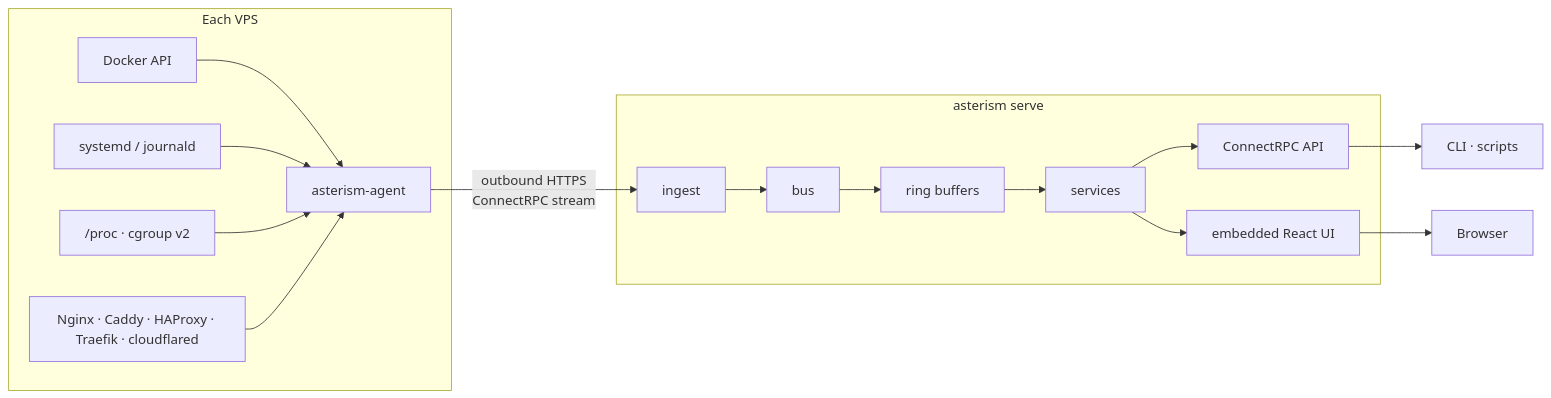
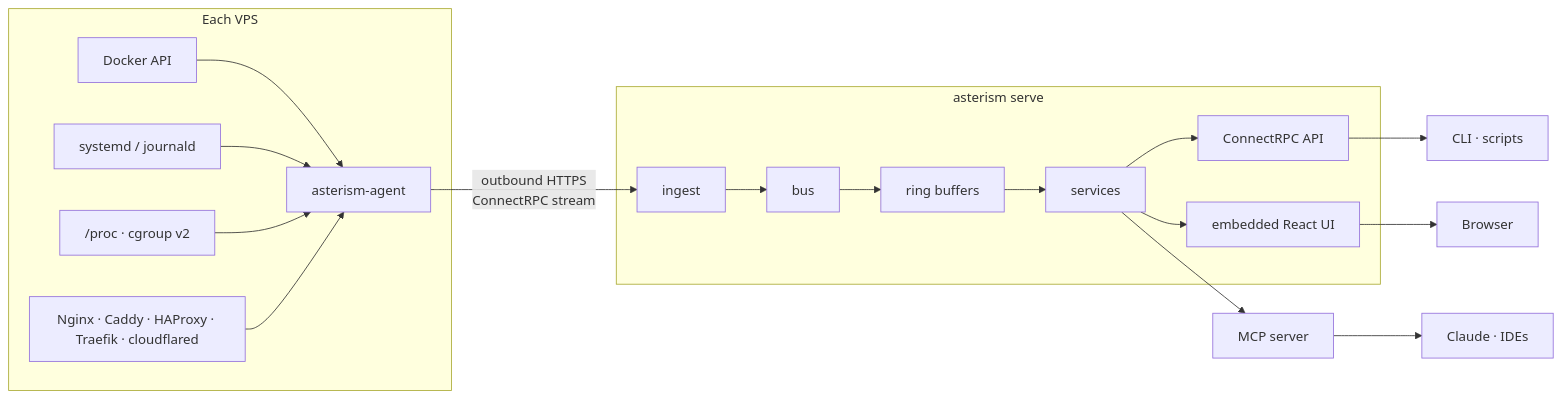
Before and after one commit to prabhavalabs/asterism: the diagram in README.md, drawn with Mermaid. The commit also changed other lines of this file and 20 other files, not shown here.

First line of the commit message:
feat(mcp): add read-only mcp server over stdio and streamable http (#3)

````diff
--- a/README.md
+++ b/README.md
@@ -109,18 +111,19 @@
 ```mermaid
 flowchart LR
   subgraph VPS["Each VPS"]
     D[Docker API] --> A
     S[systemd / journald] --> A
     P["/proc · cgroup v2"] --> A
     X["Nginx · Caddy · HAProxy · Traefik · cloudflared"] --> A
     A[asterism-agent]
   end
   A -- "outbound HTTPS<br/>ConnectRPC stream" --> H
   subgraph Hub["asterism serve"]
     H[ingest] --> B[bus] --> R[ring buffers] --> SV[services]
     SV --> API[ConnectRPC API]
     SV --> UI[embedded React UI]
   end
   API --> CLI[CLI · scripts]
+  SV --> MCP[MCP server] --> AI[Claude · IDEs]
   UI --> Browser
 ```
````
